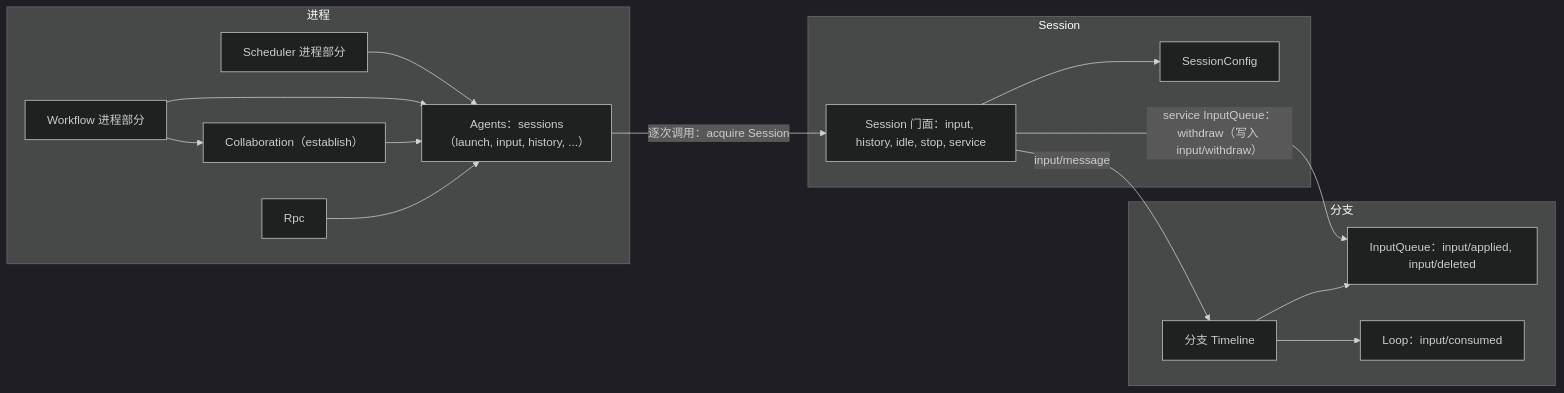
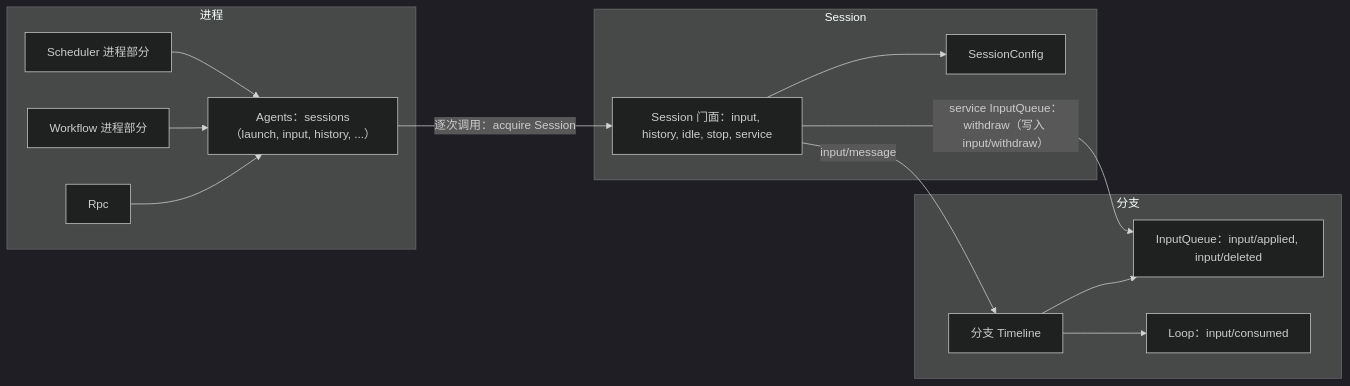
The first of 3 diagrams in docs/zh/design/contracts/session-access.md (CoutinhoTTS/dim-agent), drawn with Mermaid (dark theme) before and after one commit. The commit also changed other lines of this file and 40 other files, not shown here.

````diff
--- a/docs/zh/design/contracts/session-access.md
+++ b/docs/zh/design/contracts/session-access.md
@@ -20,30 +20,27 @@
 ```mermaid
 flowchart LR
   subgraph PROC["进程"]
     Agents["Agents：sessions（launch, input, history, ...）"]
-    Coll["Collaboration（establish）"]
     Sched["Scheduler 进程部分"]
     Wf["Workflow 进程部分"]
     Rpc["Rpc"]
   end
   subgraph SESS["Session"]
     SC["SessionConfig"]
     Fac["Session 门面：input, history, idle, stop, service"]
   end
   subgraph BR["分支"]
     IQ["InputQueue：input/applied, input/deleted"]
     LP["Loop：input/consumed"]
     TL["分支 Timeline"]
   end
   Sched --> Agents
   Wf --> Agents
-  Wf --> Coll
-  Coll --> Agents
   Rpc --> Agents
   Agents -->|"逐次调用：acquire Session"| Fac
   Fac --> SC
   Fac -->|"input/message"| TL
   Fac -->|"service InputQueue：withdraw（写入 input/withdraw）"| IQ
   TL --> IQ
   TL --> LP
 ```
````
